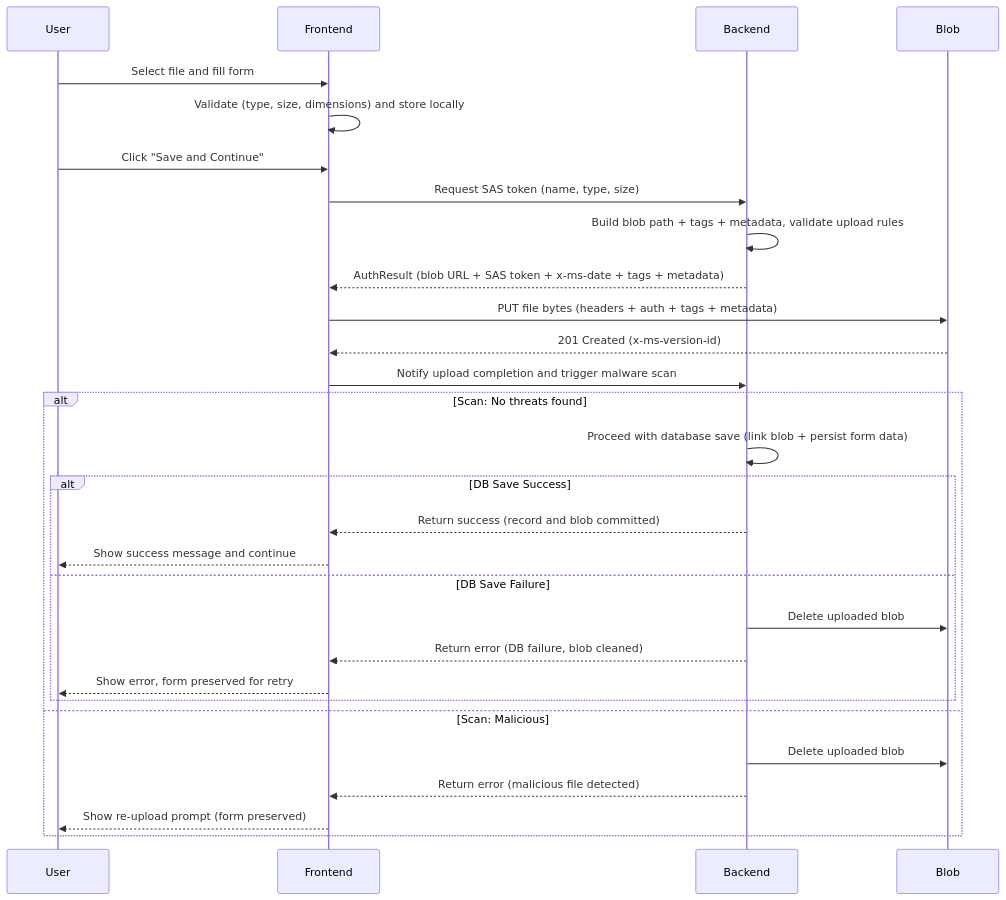
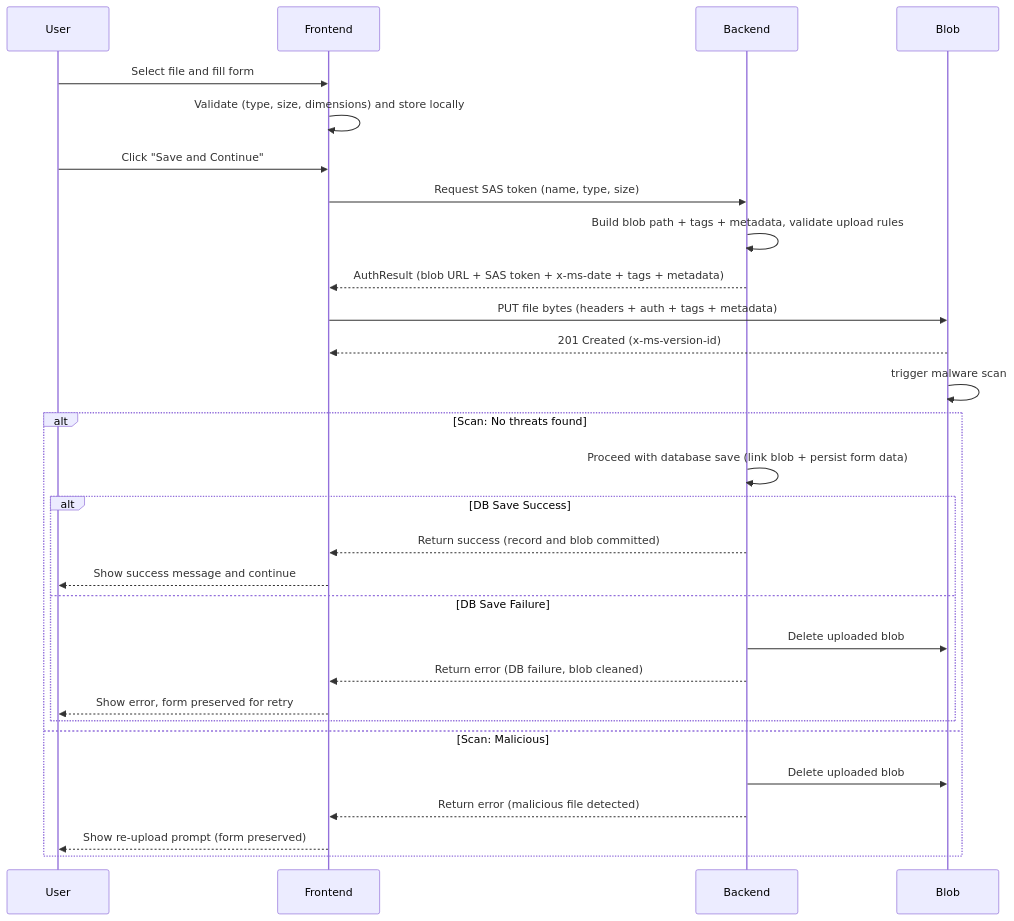
One commit to simnova/sharethrift changed the diagram in apps/docs/docs/decisions/0023-new-azure-upload.md. Above: the diagram before and after it, drawn with Mermaid.

Commit message:
Refactor upload flow to trigger malware scan directly from Blob, enhancing security and clarity in the process.

````diff
--- a/apps/docs/docs/decisions/0023-new-azure-upload.md
+++ b/apps/docs/docs/decisions/0023-new-azure-upload.md
@@ -64,32 +64,32 @@
 ```mermaid
 sequenceDiagram
 participant User
 participant Frontend
 participant Backend
 participant Blob
 
 User->>Frontend: Select file and fill form
 Frontend->>Frontend: Validate (type, size, dimensions) and store locally
 User->>Frontend: Click "Save and Continue"
 Frontend->>Backend: Request SAS token (name, type, size)
 Backend->>Backend: Build blob path + tags + metadata, validate upload rules
 Backend-->>Frontend: AuthResult (blob URL + SAS token + x-ms-date + tags + metadata)
 Frontend->>Blob: PUT file bytes (headers + auth + tags + metadata)
 Blob-->>Frontend: 201 Created (x-ms-version-id)
-Frontend->>Backend: Notify upload completion and trigger malware scan
+Blob->>Blob: trigger malware scan
 alt Scan: No threats found
     Backend->>Backend: Proceed with database save (link blob + persist form data)
     alt DB Save Success
         Backend-->>Frontend: Return success (record and blob committed)
         Frontend-->>User: Show success message and continue
     else DB Save Failure
         Backend->>Blob: Delete uploaded blob
         Backend-->>Frontend: Return error (DB failure, blob cleaned)
         Frontend-->>User: Show error, form preserved for retry
     end
 else Scan: Malicious
     Backend->>Blob: Delete uploaded blob
     Backend-->>Frontend: Return error (malicious file detected)
     Frontend-->>User: Show re-upload prompt (form preserved)
 end
 ```
````
